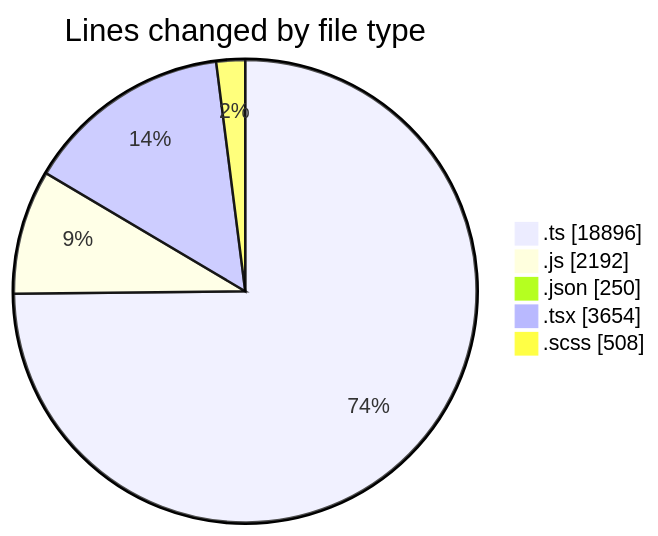
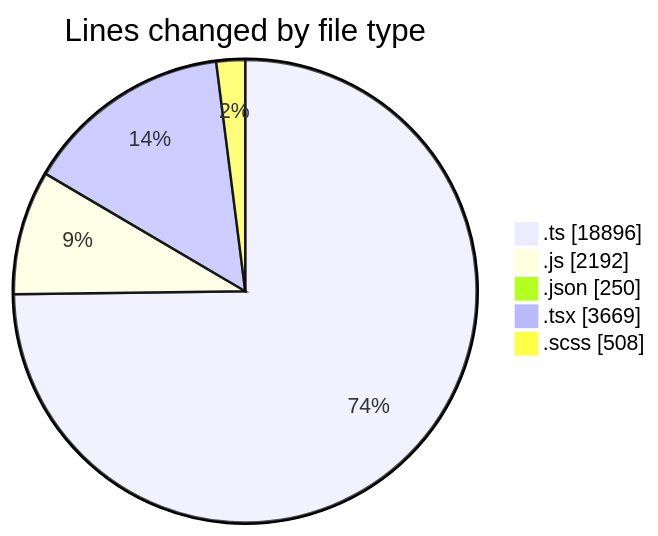
One commit to momahboobian/code-tracking changed the first of 2 diagrams in 2026-06-18/cda/README.md. Above: the diagram before and after it, drawn with Mermaid. The commit also changed other lines of this file and 1 other file, not shown here.

````diff
--- a/2026-06-18/cda/README.md
+++ b/2026-06-18/cda/README.md
@@ -70,9 +70,9 @@
 ```mermaid
 pie showData
 title Lines changed by file type
 ".ts" : 18896
 ".js" : 2192
 ".json" : 250
-".tsx" : 3654
+".tsx" : 3669
 ".scss" : 508
 ```
````
